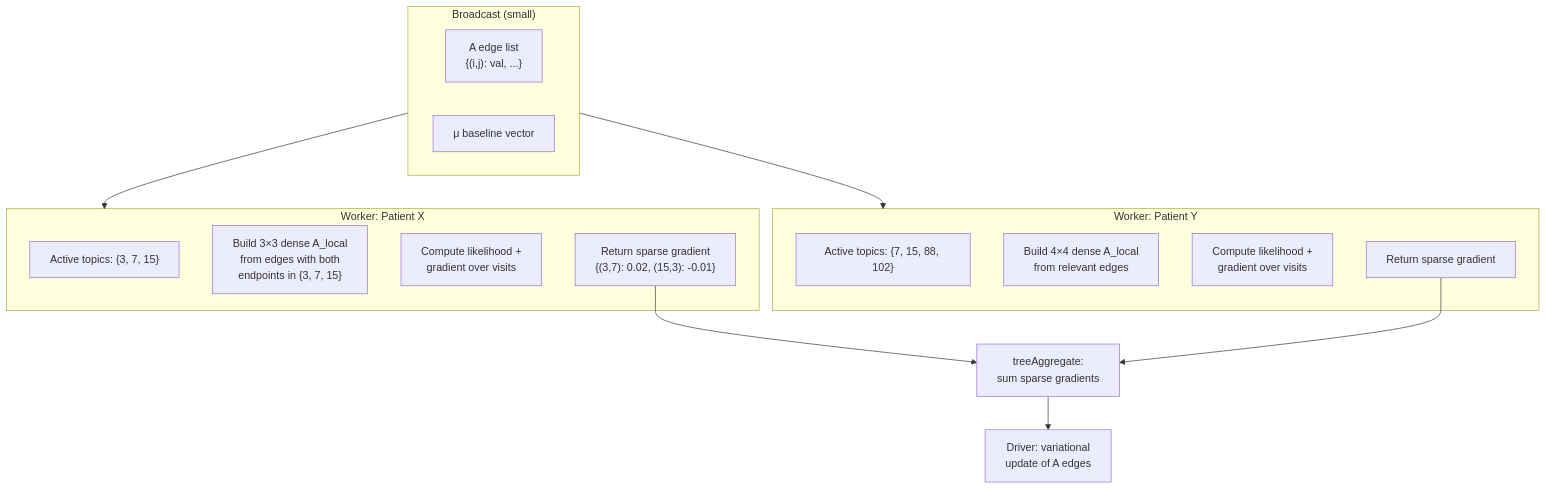
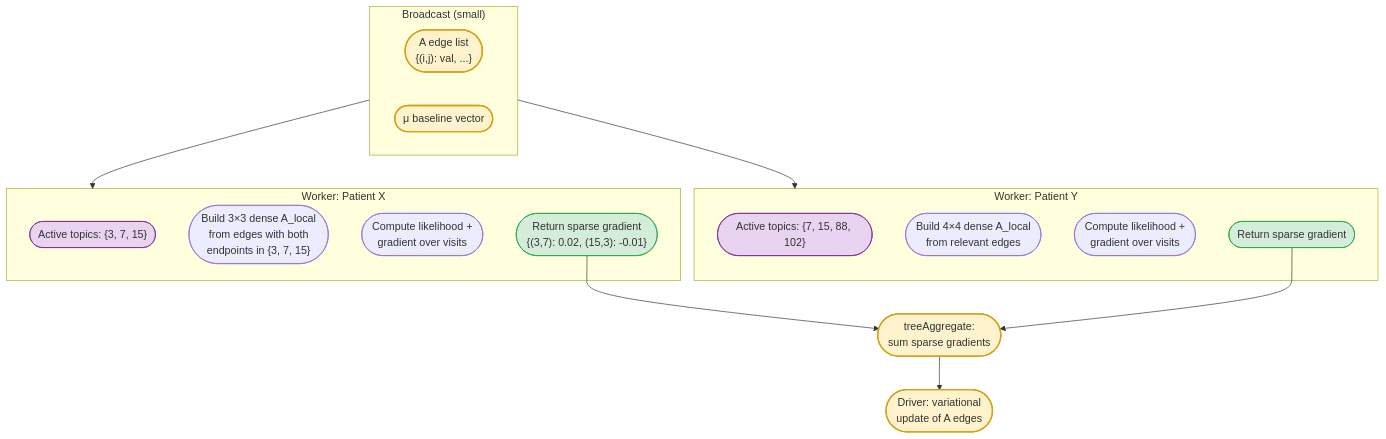
The sixth of 7 diagrams in TOPIC_STATE_MODELING.md (oneilsh/topic-state-space-modeling), drawn with Mermaid before and after one commit. The commit also changed other lines of this file and 5 other files, not shown here.

````diff
--- a/TOPIC_STATE_MODELING.md
+++ b/TOPIC_STATE_MODELING.md
@@ -442,27 +473,36 @@
 ```mermaid
 flowchart TD
     subgraph Broadcast["Broadcast (small)"]
-        Edges["A edge list<br/>{(i,j): val, ...}"]
-        MuVec["μ baseline vector"]
+        Edges(["A edge list<br/>{(i,j): val, ...}"])
+        MuVec(["μ baseline vector"])
     end
 
     subgraph Worker1["Worker: Patient X"]
-        Active1["Active topics: {3, 7, 15}"]
-        Sub1["Build 3×3 dense A_local<br/>from edges with both<br/>endpoints in {3, 7, 15}"]
-        Lik1["Compute likelihood +<br/>gradient over visits"]
-        Grad1["Return sparse gradient<br/>{(3,7): 0.02, (15,3): -0.01}"]
+        Active1(["Active topics: {3, 7, 15}"])
+        Sub1(["Build 3×3 dense A_local<br/>from edges with both<br/>endpoints in {3, 7, 15}"])
+        Lik1(["Compute likelihood +<br/>gradient over visits"])
+        Grad1(["Return sparse gradient<br/>{(3,7): 0.02, (15,3): -0.01}"])
     end
 
     subgraph Worker2["Worker: Patient Y"]
-        Active2["Active topics: {7, 15, 88, 102}"]
-        Sub2["Build 4×4 dense A_local<br/>from relevant edges"]
-        Lik2["Compute likelihood +<br/>gradient over visits"]
-        Grad2["Return sparse gradient"]
+        Active2(["Active topics: {7, 15, 88, 102}"])
+        Sub2(["Build 4×4 dense A_local<br/>from relevant edges"])
+        Lik2(["Compute likelihood +<br/>gradient over visits"])
+        Grad2(["Return sparse gradient"])
     end
 
     Broadcast --> Worker1
     Broadcast --> Worker2
-    Grad1 --> Agg["treeAggregate:<br/>sum sparse gradients"]
+    Grad1 --> Agg(["treeAggregate:<br/>sum sparse gradients"])
     Grad2 --> Agg
-    Agg --> Update["Driver: variational<br/>update of A edges"]
+    Agg --> Update(["Driver: variational<br/>update of A edges"])
+
+    style Edges fill:#fff3cd,stroke:#d4a017,stroke-width:2px
+    style MuVec fill:#fff3cd,stroke:#d4a017,stroke-width:2px
+    style Active1 fill:#e8d4f0,stroke:#7b2d8e,stroke-width:1px
+    style Active2 fill:#e8d4f0,stroke:#7b2d8e,stroke-width:1px
+    style Grad1 fill:#d4edda,stroke:#28a745,stroke-width:1px
+    style Grad2 fill:#d4edda,stroke:#28a745,stroke-width:1px
+    style Agg fill:#fff3cd,stroke:#d4a017,stroke-width:2px
+    style Update fill:#fff3cd,stroke:#d4a017,stroke-width:2px
 ```
````
